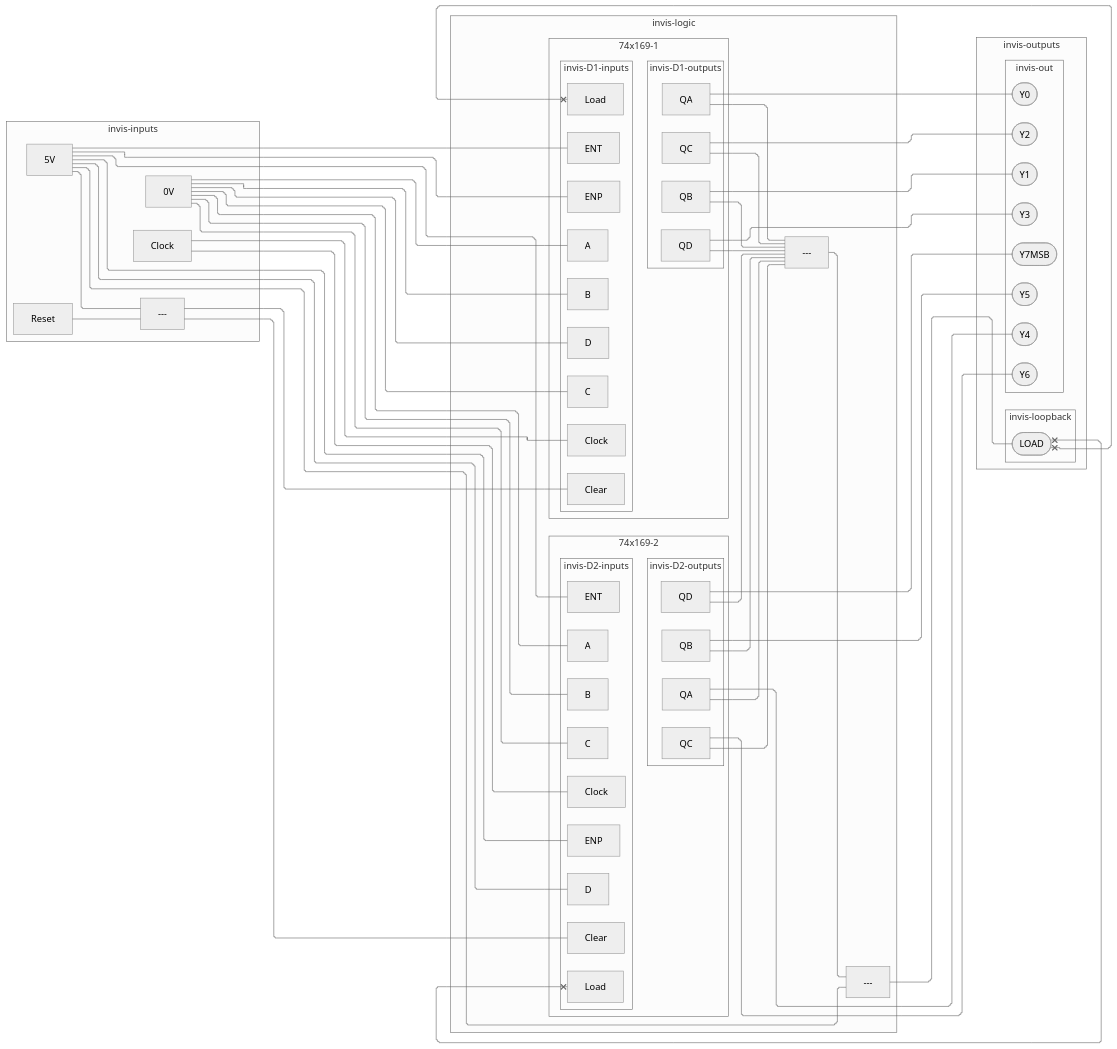
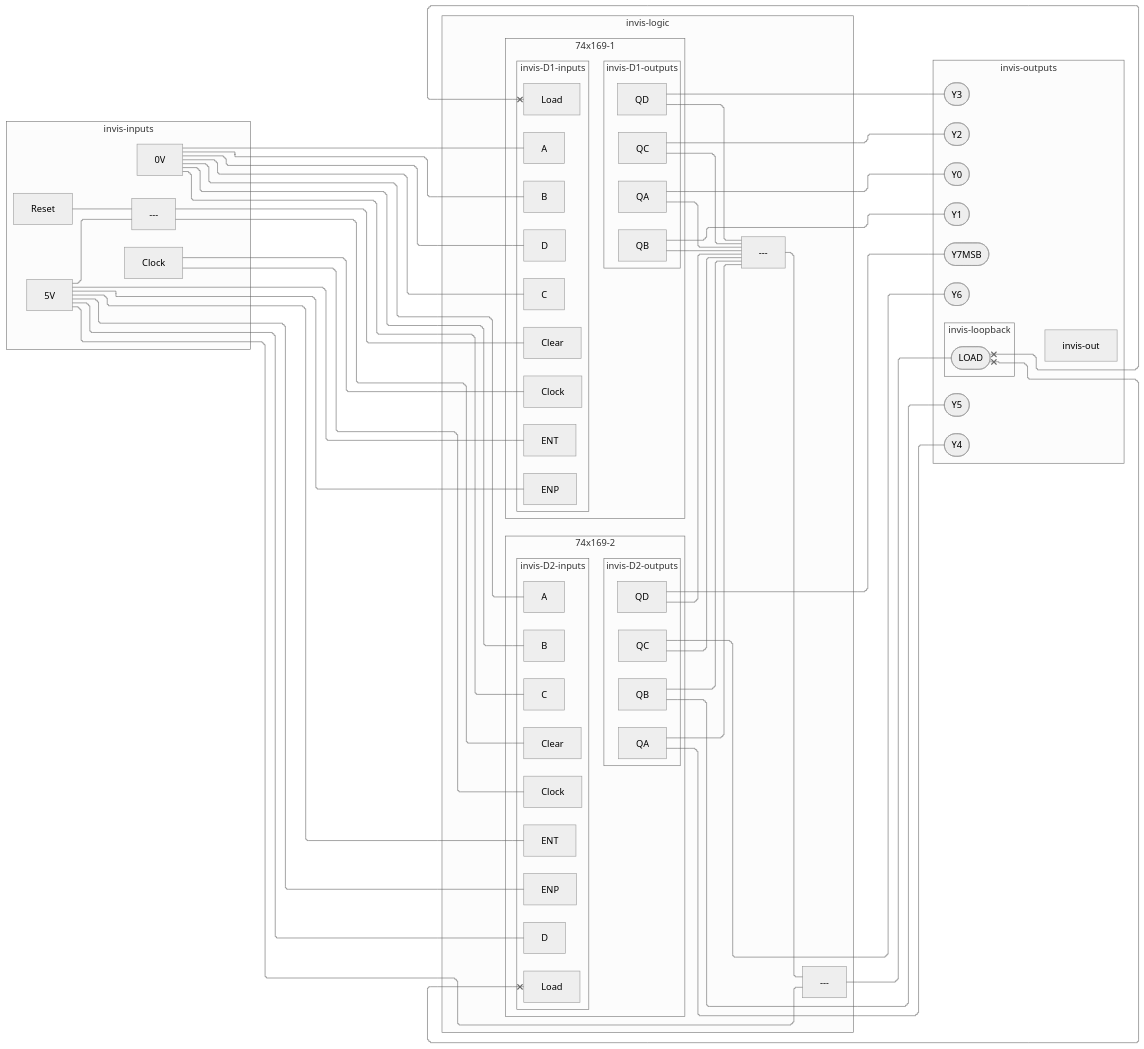
The seventh of 7 diagrams in CSDS 281 - Logic Design/HW/8/Tables.md (tnichols217/notes), drawn with Mermaid (neutral theme) before and after one commit.

Commit message:
vault backup: 2024-04-05 02:08:51

````diff
--- a/CSDS 281 - Logic Design/HW/8/Tables.md
+++ b/CSDS 281 - Logic Design/HW/8/Tables.md
@@ -327,81 +327,81 @@
 ```mermaid
 %%{ init: { 'flowchart': { 'curve': 'stepBefore', "defaultRenderer": "elk" } } }%%
 flowchart LR
 subgraph invis-inputs
 	Clock
 	5V
 	0V
 	Reset
 	Reset & 5V --- xor1[---]
 end
 subgraph invis-logic
 	subgraph 74x169-1
 		subgraph invis-D1-inputs
 			D1c[Clock]
 			D1CLR[Clear]
 			D1LD[Load]
 			D1ENP[ENP]
 			D1ENT[ENT]
 			D1A[A]
 			D1B[B]
 			D1C[C]
 			D1D[D]
 		end
 		Clock --- D1c
 		xor1 --- D1CLR
 		subgraph invis-D1-outputs
 			Q1A[QA]
 			Q1B[QB]
 			Q1C[QC]
 			Q1D[QD]
 		end
 		invis-D1-inputs ~~~ invis-D1-outputs
 	end
 	subgraph 74x169-2
 		subgraph invis-D2-inputs
 			D2c[Clock]
 			D2CLR[Clear]
 			D2LD[Load]
 			D2ENP[ENP]
 			D2ENT[ENT]
 			D2A[A]
 			D2B[B]
 			D2C[C]
 			D2D[D]
 		end
 		Clock --- D2c
 		xor1 --- D2CLR
 		subgraph invis-D2-outputs
 			Q2A[QA]
 			Q2B[QB]
 			Q2C[QC]
 			Q2D[QD]
 		end
 		invis-D2-inputs ~~~ invis-D2-outputs
 	end
 	5V --- D1ENP & D1ENT
 	5V --- D2ENP & D2ENT
 	Q1A & Q1B & Q1C & Q1D & Q2A & Q2B & Q2C & Q2D
 		--- nor1[---]
 	5V & nor1 --- xor2[---]
 	0V --- D1A & D1B & D1C & D1D & D2A & D2B & D2C
 	5V --- D2D
 end
+
+subgraph invis-loopback
+	xor2 --- RLD([LOAD])
+	RLD x---x D1LD & D2LD
+end
 subgraph invis-outputs
-	subgraph invis-loopback
-		xor2 --- RLD([LOAD])
-		RLD x---x D1LD & D2LD
-	end
-	subgraph invis-out
 		Q1A --- Y0([Y0])
 		Q1B --- Y1([Y1])
 		Q1C --- Y2([Y2])
 		Q1D --- Y3([Y3])
 		Q2A --- Y4([Y4])
 		Q2B --- Y5([Y5])
 		Q2C --- Y6([Y6])
 		Q2D --- Y7([Y7MSB])
-	end
+	invis-loopback ~~~ invis-out
 end
 invis-inputs ~~~ invis-logic ~~~ invis-outputs
 ```
````
